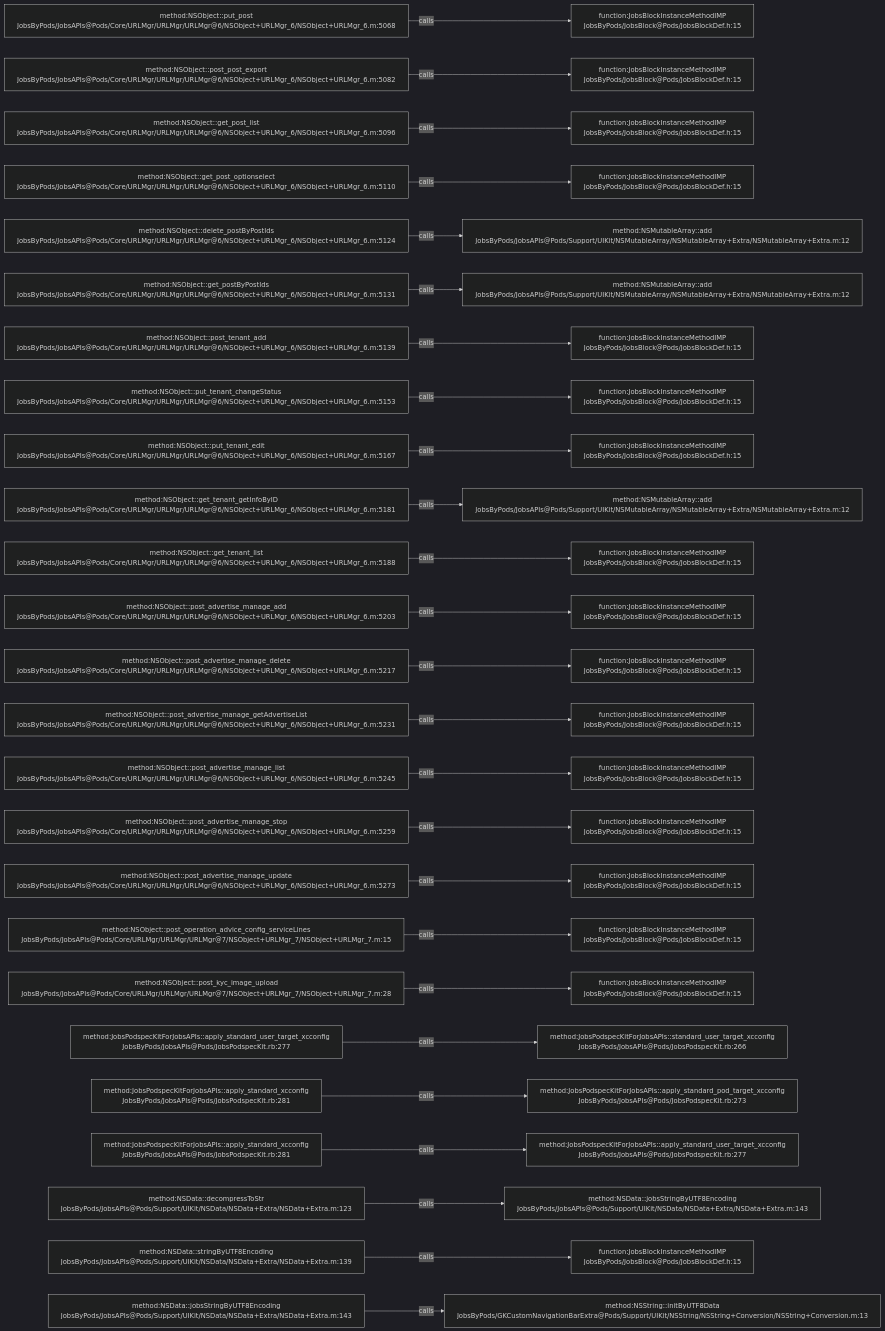
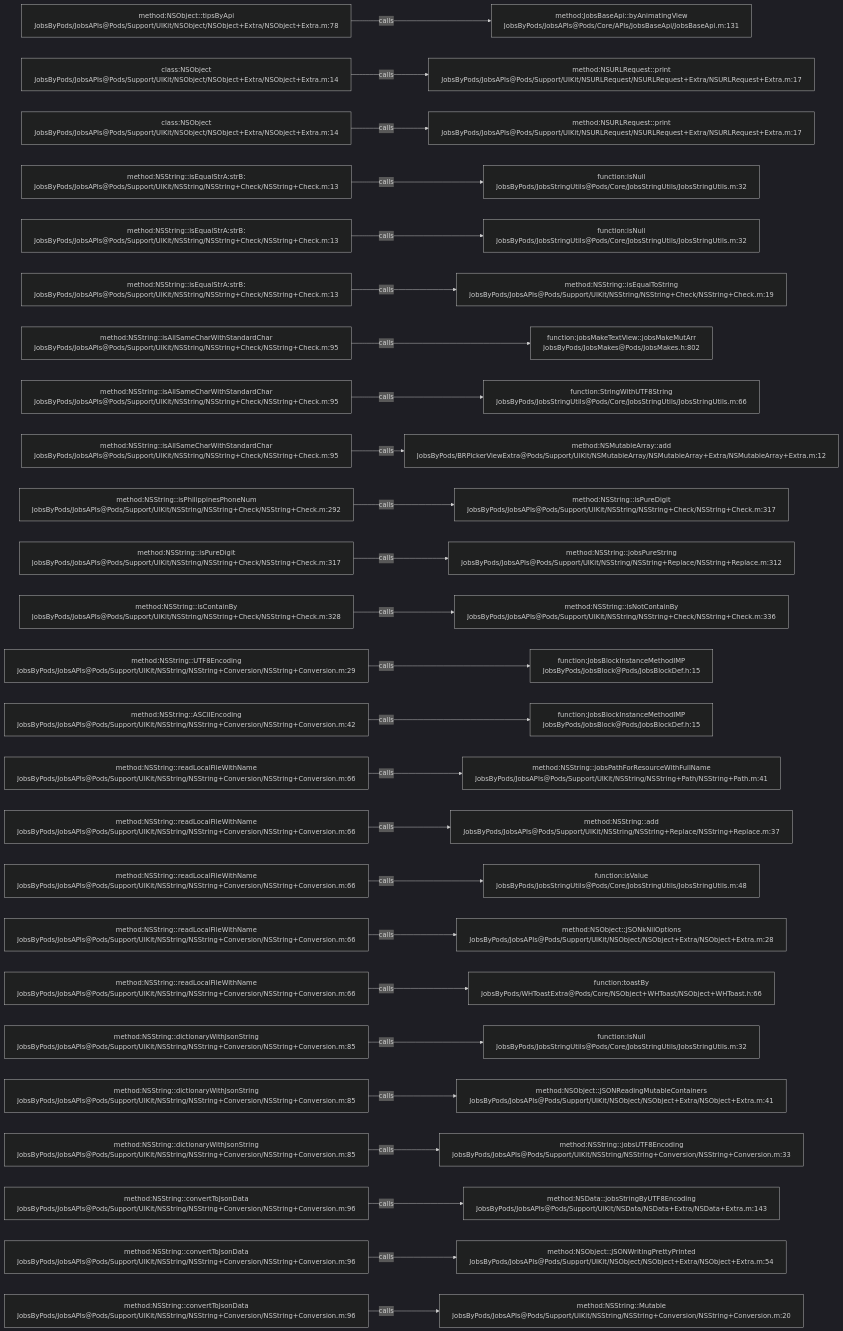
The diagram in .codegraph/codegraph.md/graphs/calls-082.md (JobsKits/JobsOCBaseConfigDemo), drawn with Mermaid (dark theme) before and after one commit. The commit also changed 223 other files, not shown here.

````diff
--- a/.codegraph/codegraph.md/graphs/calls-082.md
+++ b/.codegraph/codegraph.md/graphs/calls-082.md
@@ -13,78 +13,78 @@
 ```mermaid
 flowchart LR
-  S1["method:NSObject::put_post<br/>JobsByPods/JobsAPIs@Pods/Core/URLMgr/URLMgr/URLMgr@6/NSObject+URLMgr_6/NSObject+URLMgr_6.m:5068"]
-  T1["function:JobsBlockInstanceMethodIMP<br/>JobsByPods/JobsBlock@Pods/JobsBlockDef.h:15"]
+  S1["method:NSObject::tipsByApi<br/>JobsByPods/JobsAPIs@Pods/Support/UIKit/NSObject/NSObject+Extra/NSObject+Extra.m:78"]
+  T1["method:JobsBaseApi::byAnimatingView<br/>JobsByPods/JobsAPIs@Pods/Core/APIs/JobsBaseApi/JobsBaseApi.m:131"]
   S1 -->|calls| T1
-  S2["method:NSObject::post_post_export<br/>JobsByPods/JobsAPIs@Pods/Core/URLMgr/URLMgr/URLMgr@6/NSObject+URLMgr_6/NSObject+URLMgr_6.m:5082"]
-  T2["function:JobsBlockInstanceMethodIMP<br/>JobsByPods/JobsBlock@Pods/JobsBlockDef.h:15"]
+  S2["class:NSObject<br/>JobsByPods/JobsAPIs@Pods/Support/UIKit/NSObject/NSObject+Extra/NSObject+Extra.m:14"]
+  T2["method:NSURLRequest::print<br/>JobsByPods/JobsAPIs@Pods/Support/UIKit/NSURLRequest/NSURLRequest+Extra/NSURLRequest+Extra.m:17"]
   S2 -->|calls| T2
-  S3["method:NSObject::get_post_list<br/>JobsByPods/JobsAPIs@Pods/Core/URLMgr/URLMgr/URLMgr@6/NSObject+URLMgr_6/NSObject+URLMgr_6.m:5096"]
-  T3["function:JobsBlockInstanceMethodIMP<br/>JobsByPods/JobsBlock@Pods/JobsBlockDef.h:15"]
+  S3["class:NSObject<br/>JobsByPods/JobsAPIs@Pods/Support/UIKit/NSObject/NSObject+Extra/NSObject+Extra.m:14"]
+  T3["method:NSURLRequest::print<br/>JobsByPods/JobsAPIs@Pods/Support/UIKit/NSURLRequest/NSURLRequest+Extra/NSURLRequest+Extra.m:17"]
   S3 -->|calls| T3
-  S4["method:NSObject::get_post_optionselect<br/>JobsByPods/JobsAPIs@Pods/Core/URLMgr/URLMgr/URLMgr@6/NSObject+URLMgr_6/NSObject+URLMgr_6.m:5110"]
-  T4["function:JobsBlockInstanceMethodIMP<br/>JobsByPods/JobsBlock@Pods/JobsBlockDef.h:15"]
+  S4["method:NSString::isEqualStrA:strB:<br/>JobsByPods/JobsAPIs@Pods/Support/UIKit/NSString/NSString+Check/NSString+Check.m:13"]
+  T4["function:isNull<br/>JobsByPods/JobsStringUtils@Pods/Core/JobsStringUtils/JobsStringUtils.m:32"]
   S4 -->|calls| T4
-  S5["method:NSObject::delete_postByPostIds<br/>JobsByPods/JobsAPIs@Pods/Core/URLMgr/URLMgr/URLMgr@6/NSObject+URLMgr_6/NSObject+URLMgr_6.m:5124"]
-  T5["method:NSMutableArray::add<br/>JobsByPods/JobsAPIs@Pods/Support/UIKit/NSMutableArray/NSMutableArray+Extra/NSMutableArray+Extra.m:12"]
+  S5["method:NSString::isEqualStrA:strB:<br/>JobsByPods/JobsAPIs@Pods/Support/UIKit/NSString/NSString+Check/NSString+Check.m:13"]
+  T5["function:isNull<br/>JobsByPods/JobsStringUtils@Pods/Core/JobsStringUtils/JobsStringUtils.m:32"]
   S5 -->|calls| T5
-  S6["method:NSObject::get_postByPostIds<br/>JobsByPods/JobsAPIs@Pods/Core/URLMgr/URLMgr/URLMgr@6/NSObject+URLMgr_6/NSObject+URLMgr_6.m:5131"]
-  T6["method:NSMutableArray::add<br/>JobsByPods/JobsAPIs@Pods/Support/UIKit/NSMutableArray/NSMutableArray+Extra/NSMutableArray+Extra.m:12"]
+  S6["method:NSString::isEqualStrA:strB:<br/>JobsByPods/JobsAPIs@Pods/Support/UIKit/NSString/NSString+Check/NSString+Check.m:13"]
+  T6["method:NSString::isEqualToString<br/>JobsByPods/JobsAPIs@Pods/Support/UIKit/NSString/NSString+Check/NSString+Check.m:19"]
   S6 -->|calls| T6
-  S7["method:NSObject::post_tenant_add<br/>JobsByPods/JobsAPIs@Pods/Core/URLMgr/URLMgr/URLMgr@6/NSObject+URLMgr_6/NSObject+URLMgr_6.m:5139"]
-  T7["function:JobsBlockInstanceMethodIMP<br/>JobsByPods/JobsBlock@Pods/JobsBlockDef.h:15"]
+  S7["method:NSString::isAllSameCharWithStandardChar<br/>JobsByPods/JobsAPIs@Pods/Support/UIKit/NSString/NSString+Check/NSString+Check.m:95"]
+  T7["function:jobsMakeTextView::jobsMakeMutArr<br/>JobsByPods/JobsMakes@Pods/JobsMakes.h:802"]
   S7 -->|calls| T7
-  S8["method:NSObject::put_tenant_changeStatus<br/>JobsByPods/JobsAPIs@Pods/Core/URLMgr/URLMgr/URLMgr@6/NSObject+URLMgr_6/NSObject+URLMgr_6.m:5153"]
-  T8["function:JobsBlockInstanceMethodIMP<br/>JobsByPods/JobsBlock@Pods/JobsBlockDef.h:15"]
+  S8["method:NSString::isAllSameCharWithStandardChar<br/>JobsByPods/JobsAPIs@Pods/Support/UIKit/NSString/NSString+Check/NSString+Check.m:95"]
+  T8["function:StringWithUTF8String<br/>JobsByPods/JobsStringUtils@Pods/Core/JobsStringUtils/JobsStringUtils.m:66"]
   S8 -->|calls| T8
-  S9["method:NSObject::put_tenant_edit<br/>JobsByPods/JobsAPIs@Pods/Core/URLMgr/URLMgr/URLMgr@6/NSObject+URLMgr_6/NSObject+URLMgr_6.m:5167"]
-  T9["function:JobsBlockInstanceMethodIMP<br/>JobsByPods/JobsBlock@Pods/JobsBlockDef.h:15"]
+  S9["method:NSString::isAllSameCharWithStandardChar<br/>JobsByPods/JobsAPIs@Pods/Support/UIKit/NSString/NSString+Check/NSString+Check.m:95"]
+  T9["method:NSMutableArray::add<br/>JobsByPods/BRPickerViewExtra@Pods/Support/UIKit/NSMutableArray/NSMutableArray+Extra/NSMutableArray+Extra.m:12"]
   S9 -->|calls| T9
-  S10["method:NSObject::get_tenant_getInfoByID<br/>JobsByPods/JobsAPIs@Pods/Core/URLMgr/URLMgr/URLMgr@6/NSObject+URLMgr_6/NSObject+URLMgr_6.m:5181"]
-  T10["method:NSMutableArray::add<br/>JobsByPods/JobsAPIs@Pods/Support/UIKit/NSMutableArray/NSMutableArray+Extra/NSMutableArray+Extra.m:12"]
+  S10["method:NSString::isPhilippinesPhoneNum<br/>JobsByPods/JobsAPIs@Pods/Support/UIKit/NSString/NSString+Check/NSString+Check.m:292"]
+  T10["method:NSString::isPureDigit<br/>JobsByPods/JobsAPIs@Pods/Support/UIKit/NSString/NSString+Check/NSString+Check.m:317"]
   S10 -->|calls| T10
-  S11["method:NSObject::get_tenant_list<br/>JobsByPods/JobsAPIs@Pods/Core/URLMgr/URLMgr/URLMgr@6/NSObject+URLMgr_6/NSObject+URLMgr_6.m:5188"]
-  T11["function:JobsBlockInstanceMethodIMP<br/>JobsByPods/JobsBlock@Pods/JobsBlockDef.h:15"]
+  S11["method:NSString::isPureDigit<br/>JobsByPods/JobsAPIs@Pods/Support/UIKit/NSString/NSString+Check/NSString+Check.m:317"]
+  T11["method:NSString::jobsPureString<br/>JobsByPods/JobsAPIs@Pods/Support/UIKit/NSString/NSString+Replace/NSString+Replace.m:312"]
   S11 -->|calls| T11
-  S12["method:NSObject::post_advertise_manage_add<br/>JobsByPods/JobsAPIs@Pods/Core/URLMgr/URLMgr/URLMgr@6/NSObject+URLMgr_6/NSObject+URLMgr_6.m:5203"]
-  T12["function:JobsBlockInstanceMethodIMP<br/>JobsByPods/JobsBlock@Pods/JobsBlockDef.h:15"]
+  S12["method:NSString::isContainBy<br/>JobsByPods/JobsAPIs@Pods/Support/UIKit/NSString/NSString+Check/NSString+Check.m:328"]
+  T12["method:NSString::isNotContainBy<br/>JobsByPods/JobsAPIs@Pods/Support/UIKit/NSString/NSString+Check/NSString+Check.m:336"]
   S12 -->|calls| T12
-  S13["method:NSObject::post_advertise_manage_delete<br/>JobsByPods/JobsAPIs@Pods/Core/URLMgr/URLMgr/URLMgr@6/NSObject+URLMgr_6/NSObject+URLMgr_6.m:5217"]
+  S13["method:NSString::UTF8Encoding<br/>JobsByPods/JobsAPIs@Pods/Support/UIKit/NSString/NSString+Conversion/NSString+Conversion.m:29"]
   T13["function:JobsBlockInstanceMethodIMP<br/>JobsByPods/JobsBlock@Pods/JobsBlockDef.h:15"]
   S13 -->|calls| T13
-  S14["method:NSObject::post_advertise_manage_getAdvertiseList<br/>JobsByPods/JobsAPIs@Pods/Core/URLMgr/URLMgr/URLMgr@6/NSObject+URLMgr_6/NSObject+URLMgr_6.m:5231"]
+  S14["method:NSString::ASCIIEncoding<br/>JobsByPods/JobsAPIs@Pods/Support/UIKit/NSString/NSString+Conversion/NSString+Conversion.m:42"]
   T14["function:JobsBlockInstanceMethodIMP<br/>JobsByPods/JobsBlock@Pods/JobsBlockDef.h:15"]
   S14 -->|calls| T14
-  S15["method:NSObject::post_advertise_manage_list<br/>JobsByPods/JobsAPIs@Pods/Core/URLMgr/URLMgr/URLMgr@6/NSObject+URLMgr_6/NSObject+URLMgr_6.m:5245"]
-  T15["function:JobsBlockInstanceMethodIMP<br/>JobsByPods/JobsBlock@Pods/JobsBlockDef.h:15"]
+  S15["method:NSString::readLocalFileWithName<br/>JobsByPods/JobsAPIs@Pods/Support/UIKit/NSString/NSString+Conversion/NSString+Conversion.m:66"]
+  T15["method:NSString::jobsPathForResourceWithFullName<br/>JobsByPods/JobsAPIs@Pods/Support/UIKit/NSString/NSString+Path/NSString+Path.m:41"]
   S15 -->|calls| T15
-  S16["method:NSObject::post_advertise_manage_stop<br/>JobsByPods/JobsAPIs@Pods/Core/URLMgr/URLMgr/URLMgr@6/NSObject+URLMgr_6/NSObject+URLMgr_6.m:5259"]
-  T16["function:JobsBlockInstanceMethodIMP<br/>JobsByPods/JobsBlock@Pods/JobsBlockDef.h:15"]
+  S16["method:NSString::readLocalFileWithName<br/>JobsByPods/JobsAPIs@Pods/Support/UIKit/NSString/NSString+Conversion/NSString+Conversion.m:66"]
+  T16["method:NSString::add<br/>JobsByPods/JobsAPIs@Pods/Support/UIKit/NSString/NSString+Replace/NSString+Replace.m:37"]
   S16 -->|calls| T16
-  S17["method:NSObject::post_advertise_manage_update<br/>JobsByPods/JobsAPIs@Pods/Core/URLMgr/URLMgr/URLMgr@6/NSObject+URLMgr_6/NSObject+URLMgr_6.m:5273"]
-  T17["function:JobsBlockInstanceMethodIMP<br/>JobsByPods/JobsBlock@Pods/JobsBlockDef.h:15"]
+  S17["method:NSString::readLocalFileWithName<br/>JobsByPods/JobsAPIs@Pods/Support/UIKit/NSString/NSString+Conversion/NSString+Conversion.m:66"]
+  T17["function:isValue<br/>JobsByPods/JobsStringUtils@Pods/Core/JobsStringUtils/JobsStringUtils.m:48"]
   S17 -->|calls| T17
-  S18["method:NSObject::post_operation_advice_config_serviceLines<br/>JobsByPods/JobsAPIs@Pods/Core/URLMgr/URLMgr/URLMgr@7/NSObject+URLMgr_7/NSObject+URLMgr_7.m:15"]
-  T18["function:JobsBlockInstanceMethodIMP<br/>JobsByPods/JobsBlock@Pods/JobsBlockDef.h:15"]
+  S18["method:NSString::readLocalFileWithName<br/>JobsByPods/JobsAPIs@Pods/Support/UIKit/NSString/NSString+Conversion/NSString+Conversion.m:66"]
+  T18["method:NSObject::JSONkNilOptions<br/>JobsByPods/JobsAPIs@Pods/Support/UIKit/NSObject/NSObject+Extra/NSObject+Extra.m:28"]
   S18 -->|calls| T18
-  S19["method:NSObject::post_kyc_image_upload<br/>JobsByPods/JobsAPIs@Pods/Core/URLMgr/URLMgr/URLMgr@7/NSObject+URLMgr_7/NSObject+URLMgr_7.m:28"]
-  T19["function:JobsBlockInstanceMethodIMP<br/>JobsByPods/JobsBlock@Pods/JobsBlockDef.h:15"]
+  S19["method:NSString::readLocalFileWithName<br/>JobsByPods/JobsAPIs@Pods/Support/UIKit/NSString/NSString+Conversion/NSString+Conversion.m:66"]
+  T19["function:toastBy<br/>JobsByPods/WHToastExtra@Pods/Core/NSObject+WHToast/NSObject+WHToast.h:66"]
   S19 -->|calls| T19
-  S20["method:JobsPodspecKitForJobsAPIs::apply_standard_user_target_xcconfig<br/>JobsByPods/JobsAPIs@Pods/JobsPodspecKit.rb:277"]
-  T20["method:JobsPodspecKitForJobsAPIs::standard_user_target_xcconfig<br/>JobsByPods/JobsAPIs@Pods/JobsPodspecKit.rb:266"]
+  S20["method:NSString::dictionaryWithJsonString<br/>JobsByPods/JobsAPIs@Pods/Support/UIKit/NSString/NSString+Conversion/NSString+Conversion.m:85"]
+  T20["function:isNull<br/>JobsByPods/JobsStringUtils@Pods/Core/JobsStringUtils/JobsStringUtils.m:32"]
   S20 -->|calls| T20
-  S21["method:JobsPodspecKitForJobsAPIs::apply_standard_xcconfig<br/>JobsByPods/JobsAPIs@Pods/JobsPodspecKit.rb:281"]
-  T21["method:JobsPodspecKitForJobsAPIs::apply_standard_pod_target_xcconfig<br/>JobsByPods/JobsAPIs@Pods/JobsPodspecKit.rb:273"]
+  S21["method:NSString::dictionaryWithJsonString<br/>JobsByPods/JobsAPIs@Pods/Support/UIKit/NSString/NSString+Conversion/NSString+Conversion.m:85"]
+  T21["method:NSObject::JSONReadingMutableContainers<br/>JobsByPods/JobsAPIs@Pods/Support/UIKit/NSObject/NSObject+Extra/NSObject+Extra.m:41"]
   S21 -->|calls| T21
-  S22["method:JobsPodspecKitForJobsAPIs::apply_standard_xcconfig<br/>JobsByPods/JobsAPIs@Pods/JobsPodspecKit.rb:281"]
-  T22["method:JobsPodspecKitForJobsAPIs::apply_standard_user_target_xcconfig<br/>JobsByPods/JobsAPIs@Pods/JobsPodspecKit.rb:277"]
+  S22["method:NSString::dictionaryWithJsonString<br/>JobsByPods/JobsAPIs@Pods/Support/UIKit/NSString/NSString+Conversion/NSString+Conversion.m:85"]
+  T22["method:NSString::jobsUTF8Encoding<br/>JobsByPods/JobsAPIs@Pods/Support/UIKit/NSString/NSString+Conversion/NSString+Conversion.m:33"]
   S22 -->|calls| T22
-  S23["method:NSData::decompressToStr<br/>JobsByPods/JobsAPIs@Pods/Support/UIKit/NSData/NSData+Extra/NSData+Extra.m:123"]
+  S23["method:NSString::convertToJsonData<br/>JobsByPods/JobsAPIs@Pods/Support/UIKit/NSString/NSString+Conversion/NSString+Conversion.m:96"]
   T23["method:NSData::jobsStringByUTF8Encoding<br/>JobsByPods/JobsAPIs@Pods/Support/UIKit/NSData/NSData+Extra/NSData+Extra.m:143"]
   S23 -->|calls| T23
-  S24["method:NSData::stringByUTF8Encoding<br/>JobsByPods/JobsAPIs@Pods/Support/UIKit/NSData/NSData+Extra/NSData+Extra.m:139"]
-  T24["function:JobsBlockInstanceMethodIMP<br/>JobsByPods/JobsBlock@Pods/JobsBlockDef.h:15"]
+  S24["method:NSString::convertToJsonData<br/>JobsByPods/JobsAPIs@Pods/Support/UIKit/NSString/NSString+Conversion/NSString+Conversion.m:96"]
+  T24["method:NSObject::JSONWritingPrettyPrinted<br/>JobsByPods/JobsAPIs@Pods/Support/UIKit/NSObject/NSObject+Extra/NSObject+Extra.m:54"]
   S24 -->|calls| T24
-  S25["method:NSData::jobsStringByUTF8Encoding<br/>JobsByPods/JobsAPIs@Pods/Support/UIKit/NSData/NSData+Extra/NSData+Extra.m:143"]
-  T25["method:NSString::initByUTF8Data<br/>JobsByPods/GKCustomNavigationBarExtra@Pods/Support/UIKit/NSString/NSString+Conversion/NSString+Conversion.m:13"]
+  S25["method:NSString::convertToJsonData<br/>JobsByPods/JobsAPIs@Pods/Support/UIKit/NSString/NSString+Conversion/NSString+Conversion.m:96"]
+  T25["method:NSString::Mutable<br/>JobsByPods/JobsAPIs@Pods/Support/UIKit/NSString/NSString+Conversion/NSString+Conversion.m:20"]
   S25 -->|calls| T25
 ```
````
